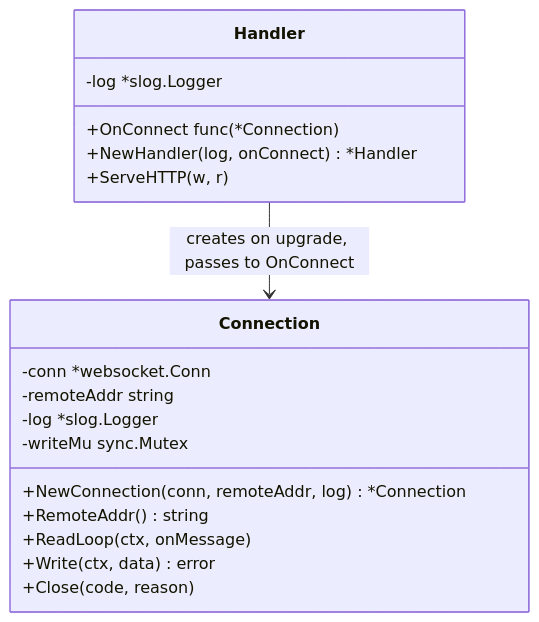
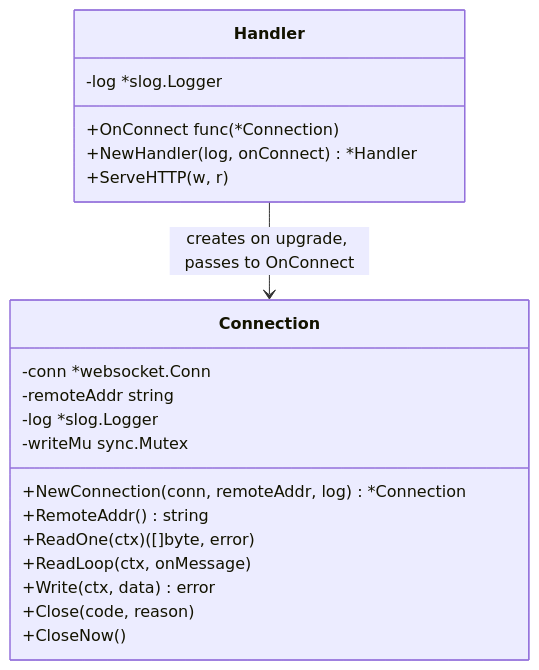
One commit to cabo-game/cabo-backend changed the first of 8 diagrams in internal/roomsvc/ARCHITECTURE.md. Above: the diagram before and after it, drawn with Mermaid. The commit also changed other lines of this file and 13 other files, not shown here.

````diff
--- a/internal/roomsvc/ARCHITECTURE.md
+++ b/internal/roomsvc/ARCHITECTURE.md
@@ -17,23 +20,25 @@
 ```mermaid
 classDiagram
     class Handler {
         -log *slog.Logger
         +OnConnect func(*Connection)
         +NewHandler(log, onConnect) *Handler
         +ServeHTTP(w, r)
     }
 
     class Connection {
         -conn *websocket.Conn
         -remoteAddr string
         -log *slog.Logger
         -writeMu sync.Mutex
         +NewConnection(conn, remoteAddr, log) *Connection
         +RemoteAddr() string
+        +ReadOne(ctx) ([]byte, error)
         +ReadLoop(ctx, onMessage)
         +Write(ctx, data) error
         +Close(code, reason)
+        +CloseNow()
     }
 
     Handler --> Connection : creates on upgrade, passes to OnConnect
 ```
````
